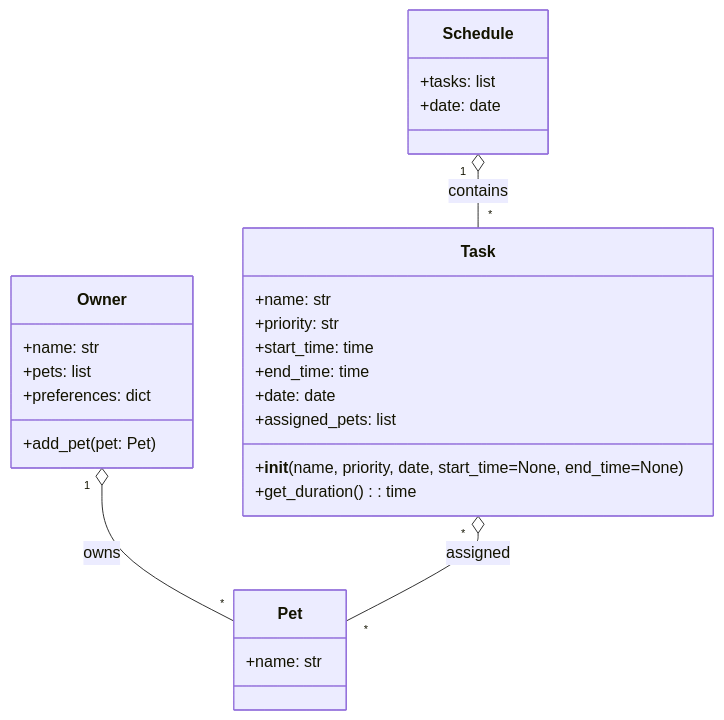
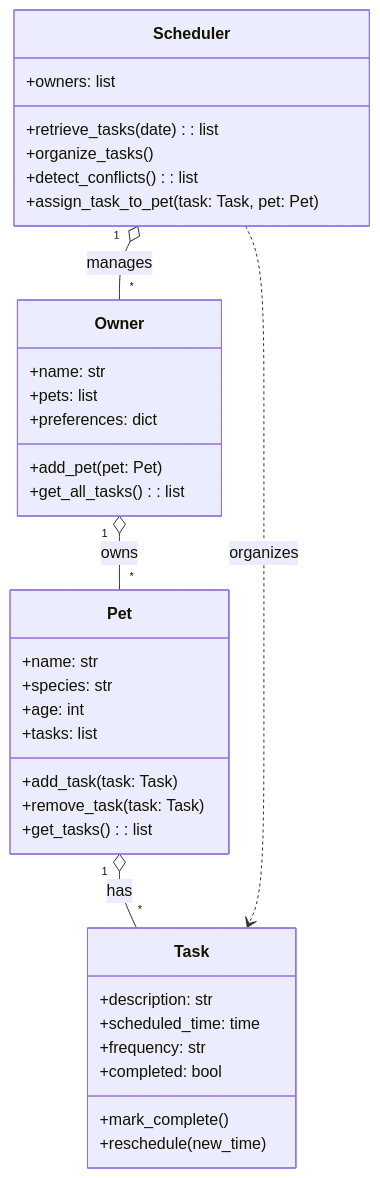
Before and after one commit to codepath/ai110-module2show-pawpal-starter: the diagram in UML/pawpal_class_diagram.mmd, drawn with Mermaid. The commit also changed other lines of this file and 4 other files, not shown here.

Commit message:
feat: update UML diagram and implement core classes for task management

```diff
--- a/UML/pawpal_class_diagram.mmd
+++ b/UML/pawpal_class_diagram.mmd
@@ -1,32 +1,47 @@
-%% PawPal class diagram (Mermaid)
+%% PawPal class diagram (updated)
 classDiagram
+
+    %% Task represents a single activity
+    class Task {
+        +description: str
+        +scheduled_time: time
+        +frequency: str
+        +completed: bool
+        +mark_complete()
+        +reschedule(new_time)
+    }
+
+    %% Pet stores details and its own tasks
     class Pet {
         +name: str
+        +species: str
+        +age: int
+        +tasks: list<Task>
+        +add_task(task: Task)
+        +remove_task(task: Task)
+        +get_tasks(): list<Task>
     }
 
+    %% Owner manages multiple pets and exposes their tasks
     class Owner {
         +name: str
         +pets: list<Pet>
         +preferences: dict
         +add_pet(pet: Pet)
+        +get_all_tasks(): list<Task>
     }
 
-    class Task {
-        +name: str
-        +priority: str
-        +start_time: time
-        +end_time: time
-        +date: date
-        +assigned_pets: list<Pet>
-        +__init__(name, priority, date, start_time=None, end_time=None)
-        +get_duration(): time
+    %% Scheduler is the brain that organizes tasks across pets/owners
+    class Scheduler {
+        +owners: list<Owner>
+        +retrieve_tasks(date): list<Task>
+        +organize_tasks()
+        +detect_conflicts(): list
+        +assign_task_to_pet(task: Task, pet: Pet)
     }
 
-    class Schedule {
-        +tasks: list<Task>
-        +date: date
-    }
-
+    %% Relationships
     Owner "1" o-- "*" Pet : owns
-    Schedule "1" o-- "*" Task : contains
-    Task "*" o-- "*" Pet : assigned
+    Pet "1" o-- "*" Task : has
+    Scheduler "1" o-- "*" Owner : manages
+    Scheduler ..> Task : organizes
```
